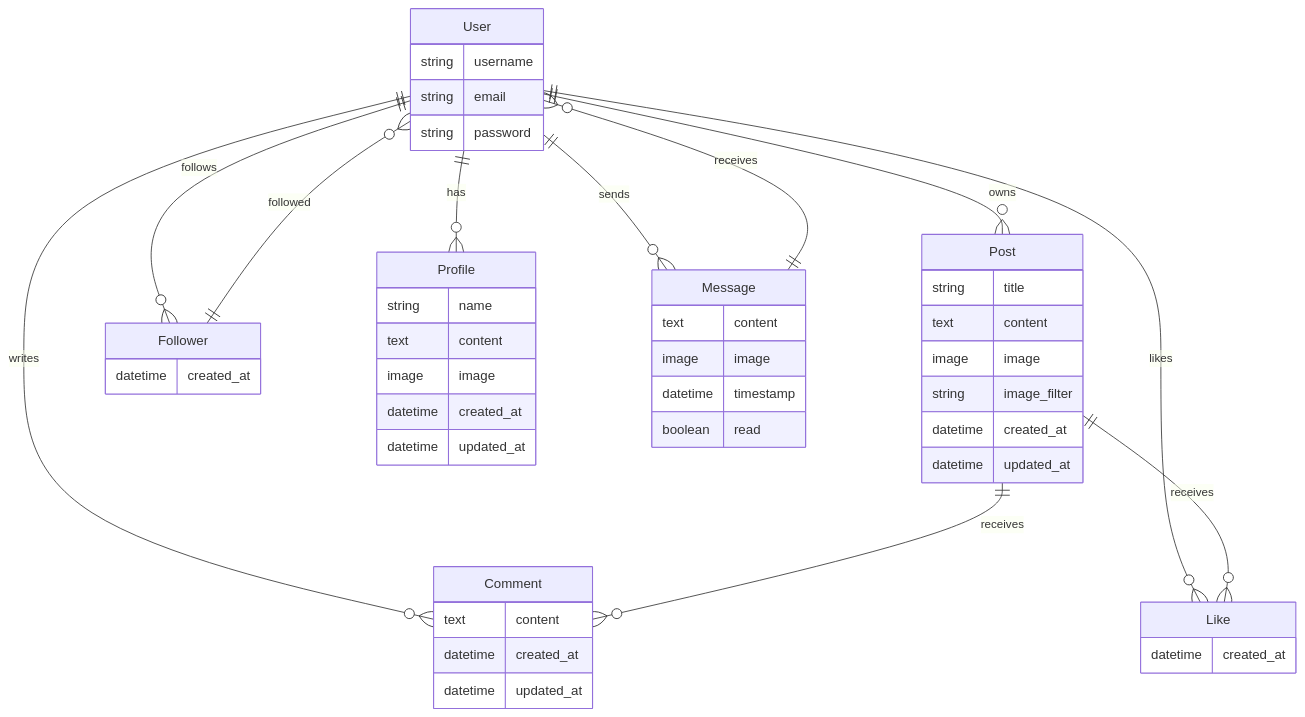
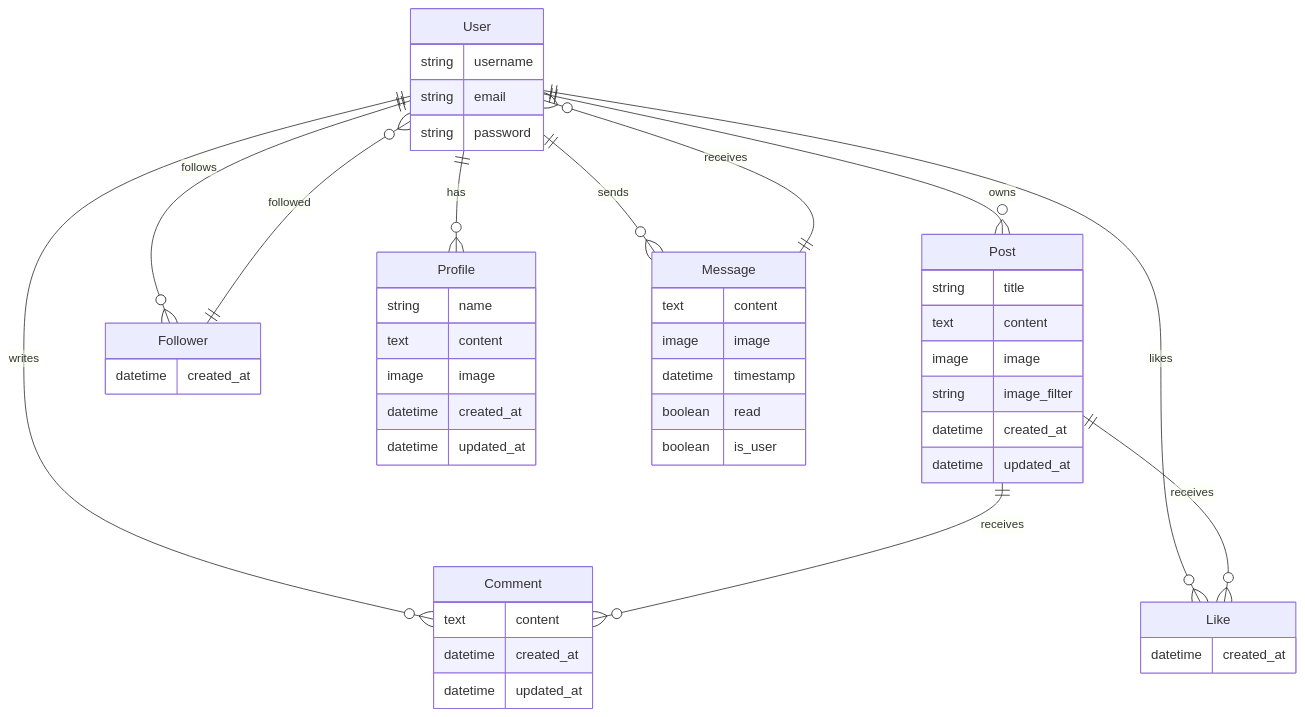
One commit to lmcrean/odyssey-docs changed the diagram in readme_api.md. Above: the diagram before and after it, drawn with Mermaid. The commit also changed other lines of this file and 2 other files, not shown here.

````diff
--- a/readme_api.md
+++ b/readme_api.md
@@ -3,51 +9,52 @@
 ```mermaid
 erDiagram
     User {
         string username
         string email
         string password
     }
     Post {
         string title
         text content
         image image
         string image_filter
         datetime created_at
         datetime updated_at
     }
     Comment {
         text content
         datetime created_at
         datetime updated_at
     }
     Follower {
         datetime created_at
     }
     Like {
         datetime created_at
     }
     Profile {
         string name
         text content
         image image
         datetime created_at
         datetime updated_at
     }
     Message {
         text content
         image image
         datetime timestamp
         boolean read
+        boolean is_user
     }
 
     User ||--o{ Post : owns
     User ||--o{ Comment : writes
     User ||--o{ Like : likes
     User ||--o{ Follower : follows
     User ||--o{ Profile : has
     User ||--o{ Message : sends
     Post ||--o{ Comment : receives
     Post ||--o{ Like : receives
     Follower ||--o{ User : followed
     Message ||--o{ User : receives
 ```
````
